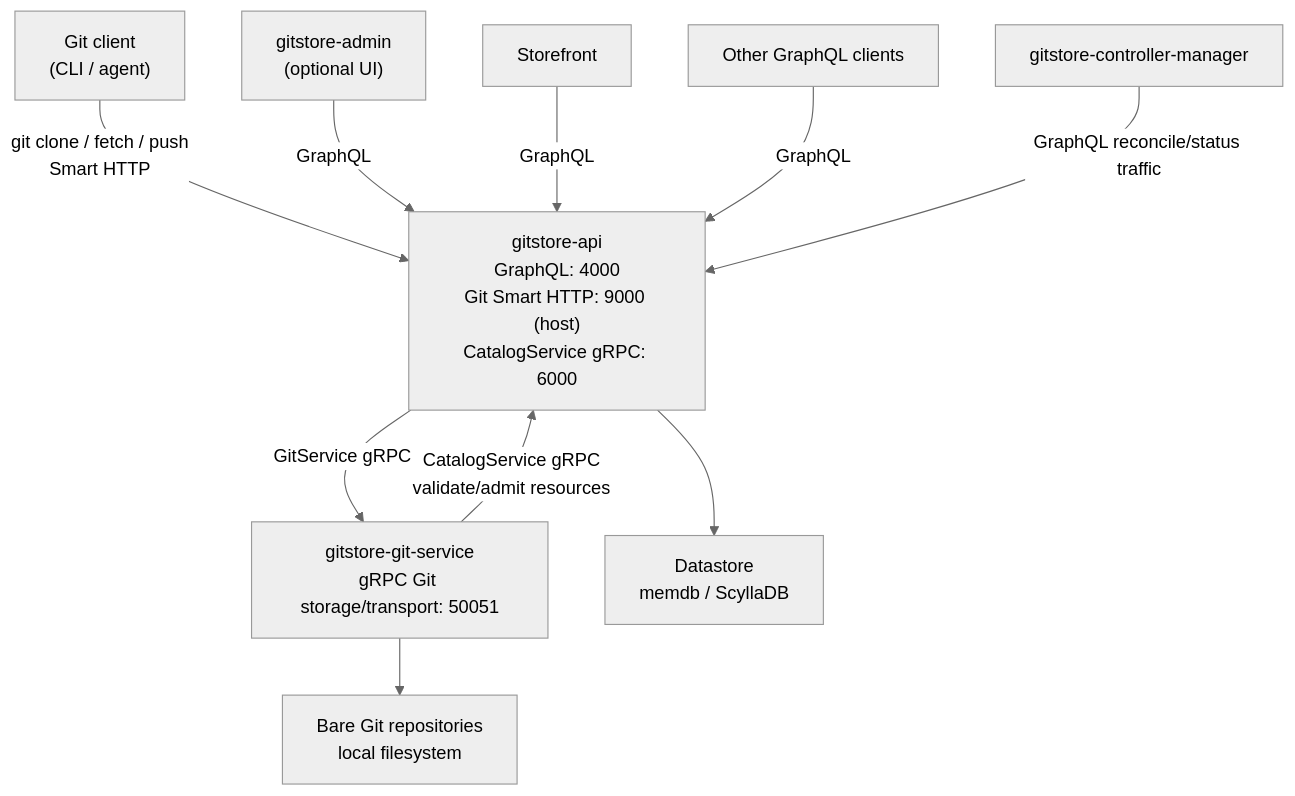
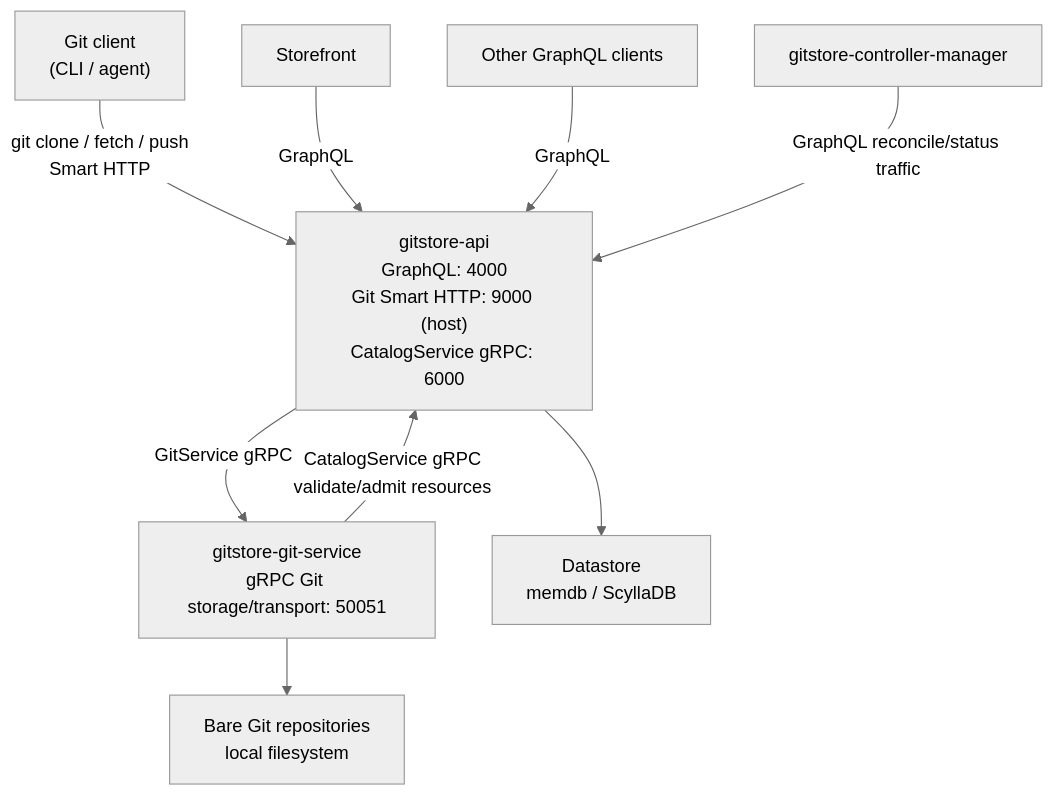
The diagram in README.md (gitstore-dev/GitStore), drawn with Mermaid (neutral theme) before and after one commit. The commit also changed other lines of this file and 128 other files, not shown here.

````diff
--- a/README.md
+++ b/README.md
@@ -20,24 +20,22 @@
 ```mermaid
 graph TD
     GitClient["Git client\n(CLI / agent)"]
-    Admin["gitstore-admin\n(optional UI)"]
     Storefront["Storefront"]
     OtherClients["Other GraphQL clients"]
     Controller["gitstore-controller-manager"]
 
     API["gitstore-api\nGraphQL: 4000\nGit Smart HTTP: 9000 (host)\nCatalogService gRPC: 6000"]
     GitService["gitstore-git-service\ngRPC Git storage/transport: 50051"]
     Datastore["Datastore\nmemdb / ScyllaDB"]
     Repos["Bare Git repositories\nlocal filesystem"]
 
     GitClient -->|"git clone / fetch / push\nSmart HTTP"| API
-    Admin -->|"GraphQL"| API
     Storefront -->|"GraphQL"| API
     OtherClients -->|"GraphQL"| API
     Controller -->|"GraphQL reconcile/status traffic"| API
 
     API -->|"GitService gRPC"| GitService
     GitService -->|"CatalogService gRPC\nvalidate/admit resources"| API
     API --> Datastore
     GitService --> Repos
 ```
````
